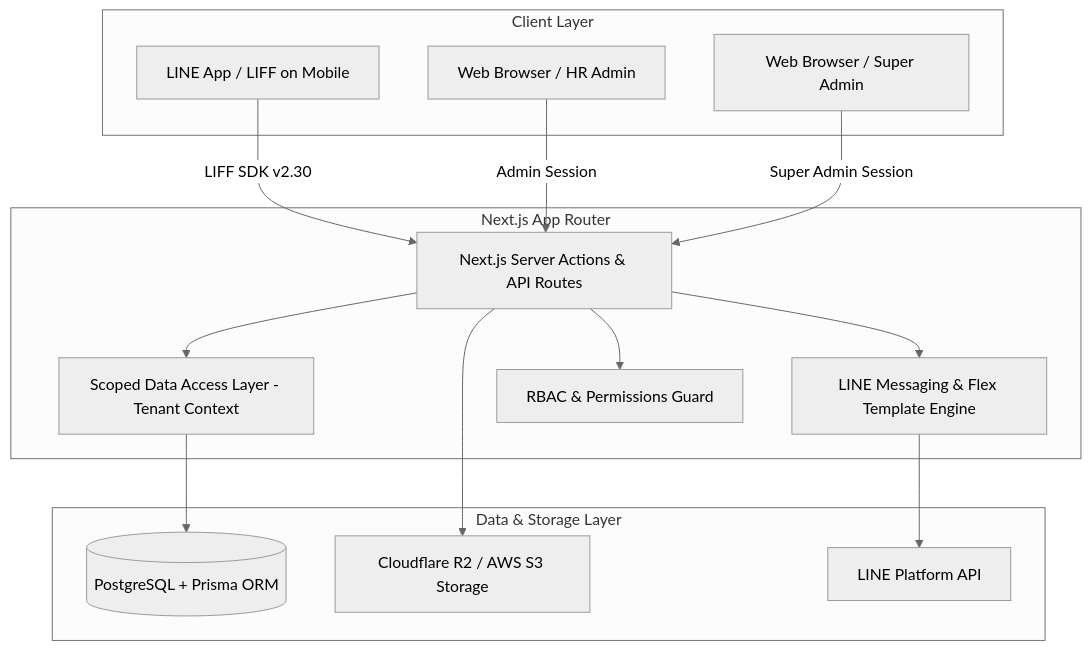
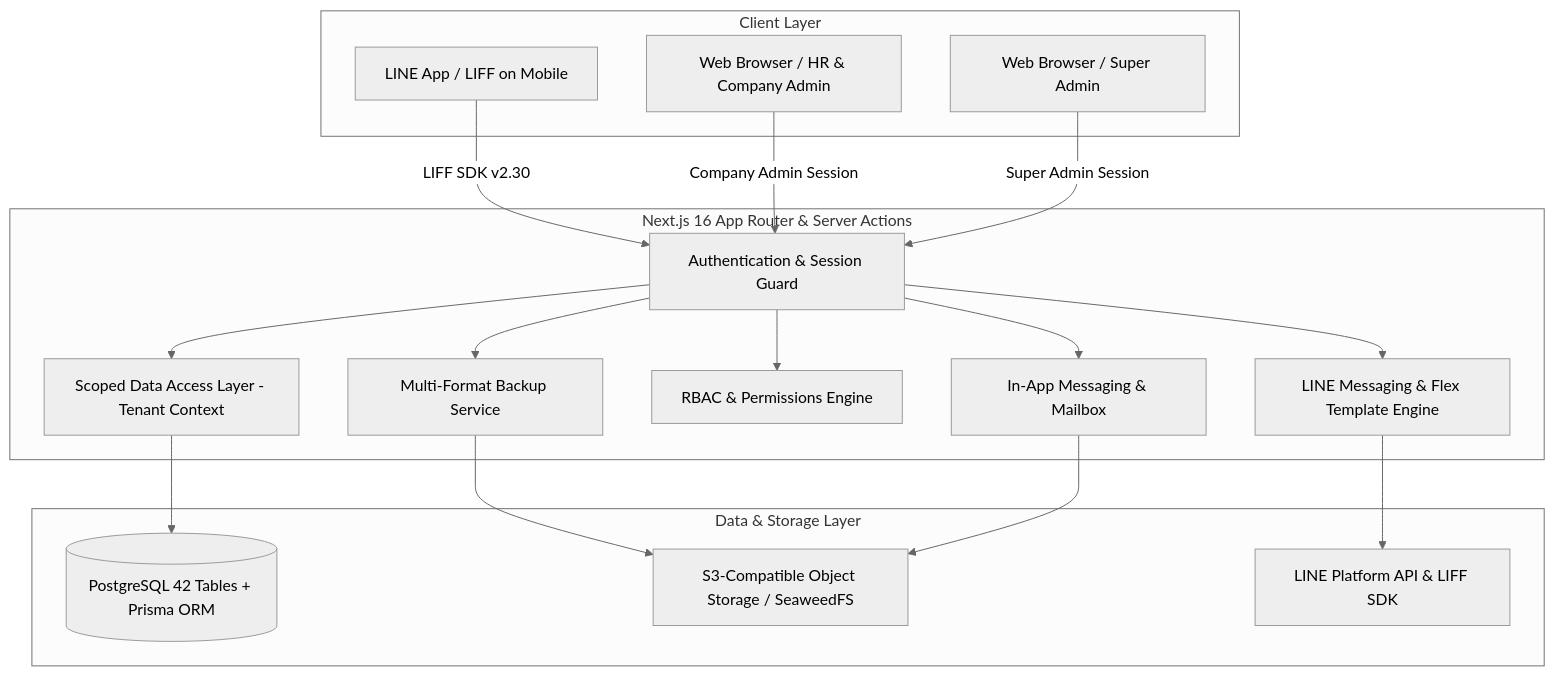
One commit to Phongphat-ohm/lalink changed the diagram in README.md. Above: the diagram before and after it, drawn with Mermaid (neutral theme). The commit also changed other lines of this file and 67 other files, not shown here.

Commit message:
feat: complete plan upgrade lifecycle, in-app support mailbox with attachments, and S3 multi-format database backup

````diff
--- a/README.md
+++ b/README.md
@@ -96,31 +56,36 @@
 ```mermaid
 graph TD
     subgraph Client Layer
         A[LINE App / LIFF on Mobile]
-        B[Web Browser / HR Admin]
+        B[Web Browser / HR & Company Admin]
         C[Web Browser / Super Admin]
     end
 
-    subgraph Application Layer [Next.js App Router]
-        D[Next.js Server Actions & API Routes]
+    subgraph Application Layer [Next.js 16 App Router & Server Actions]
+        D[Authentication & Session Guard]
         E[Scoped Data Access Layer - Tenant Context]
         F[LINE Messaging & Flex Template Engine]
-        G[RBAC & Permissions Guard]
+        G[RBAC & Permissions Engine]
+        H[Multi-Format Backup Service]
+        I[In-App Messaging & Mailbox]
     end
 
     subgraph Data & Storage Layer
-        H[(PostgreSQL + Prisma ORM)]
-        I[Cloudflare R2 / AWS S3 Storage]
-        J[LINE Platform API]
+        J[(PostgreSQL 42 Tables + Prisma ORM)]
+        K[S3-Compatible Object Storage / SeaweedFS]
+        L[LINE Platform API & LIFF SDK]
     end
 
     A -->|LIFF SDK v2.30| D
-    B -->|Admin Session| D
+    B -->|Company Admin Session| D
     C -->|Super Admin Session| D
     D --> E
     D --> F
     D --> G
-    E --> H
+    D --> H
     D --> I
-    F --> J
+    E --> J
+    H --> K
+    I --> K
+    F --> L
 ```
````
